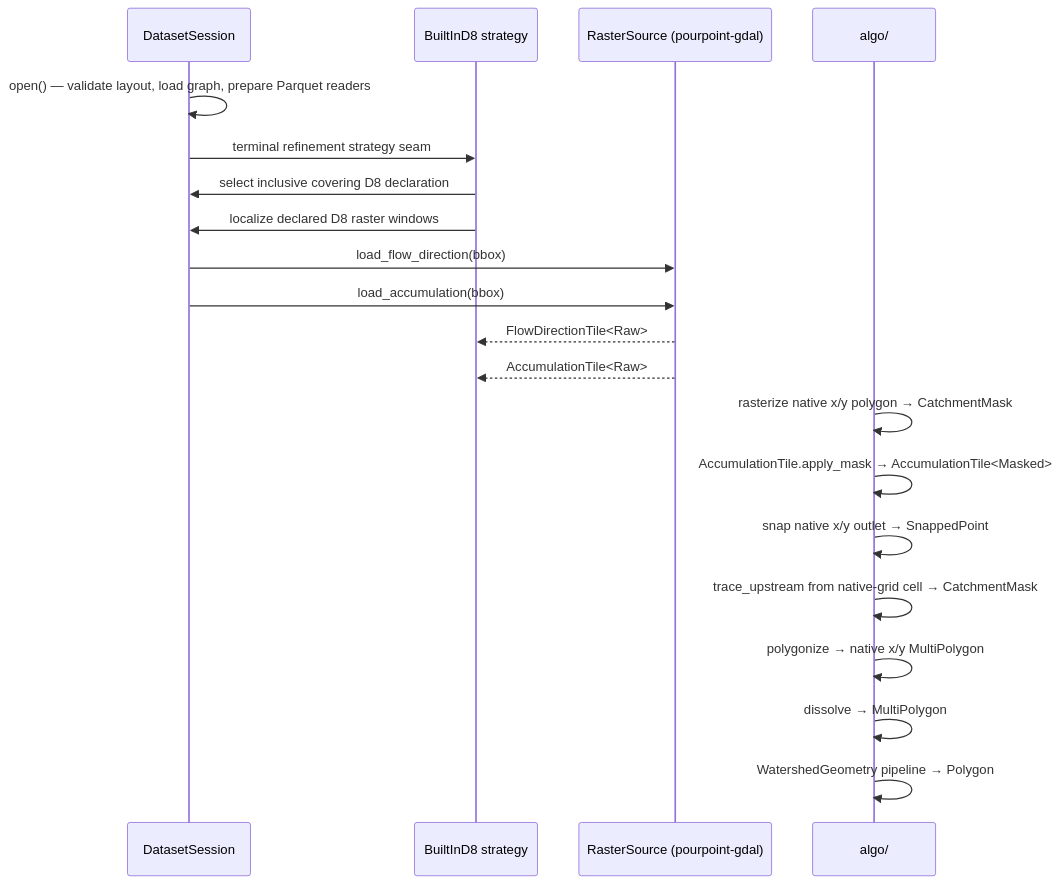
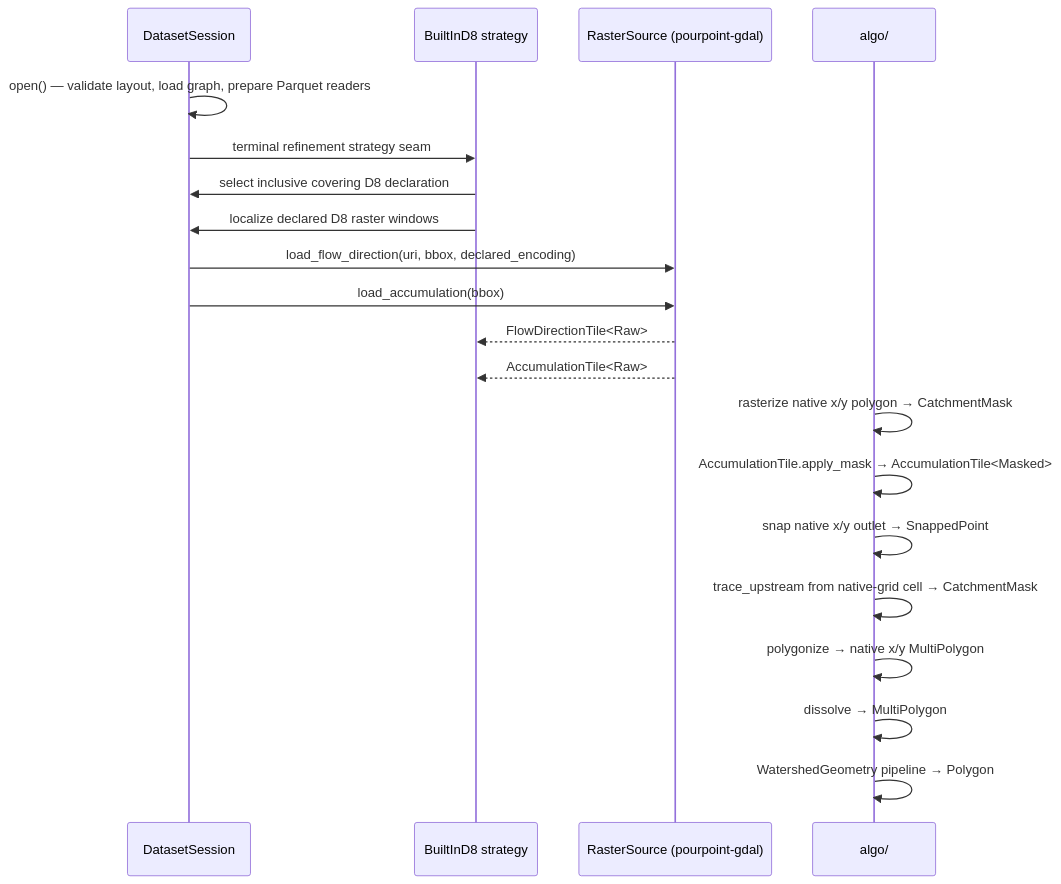
One commit to CooperBigFoot/pourpoint changed the third of 3 diagrams in crates/core/README.md. Above: the diagram before and after it, drawn with Mermaid. The commit also changed other lines of this file and 13 other files, not shown here.

````diff
--- a/crates/core/README.md
+++ b/crates/core/README.md
@@ -120,23 +120,23 @@
 ```mermaid
 sequenceDiagram
     participant S as DatasetSession
     participant R as BuiltInD8 strategy
     participant T as RasterSource (pourpoint-gdal)
     participant A as algo/
 
     S->>S: open() — validate layout, load graph, prepare Parquet readers
     S->>R: terminal refinement strategy seam
     R->>S: select inclusive covering D8 declaration
     R->>S: localize declared D8 raster windows
-    S->>T: load_flow_direction(bbox)
+    S->>T: load_flow_direction(uri, bbox, declared_encoding)
     S->>T: load_accumulation(bbox)
     T-->>R: FlowDirectionTile<Raw>
     T-->>R: AccumulationTile<Raw>
     A->>A: rasterize native x/y polygon → CatchmentMask
     A->>A: AccumulationTile.apply_mask → AccumulationTile<Masked>
     A->>A: snap native x/y outlet → SnappedPoint
     A->>A: trace_upstream from native-grid cell → CatchmentMask
     A->>A: polygonize → native x/y MultiPolygon
     A->>A: dissolve → MultiPolygon
     A->>A: WatershedGeometry pipeline → Polygon
 ```
````
